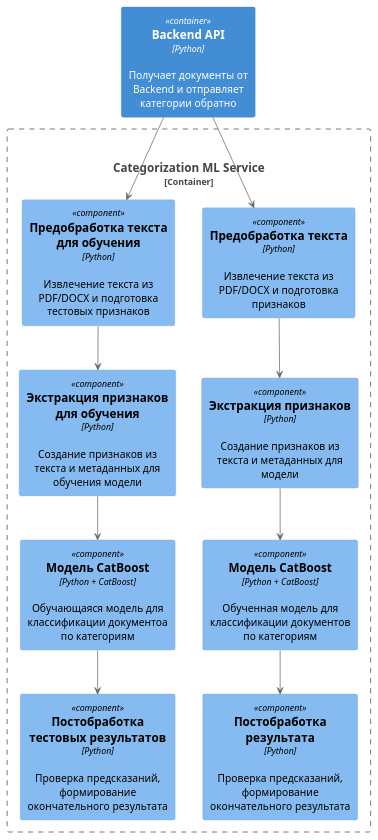
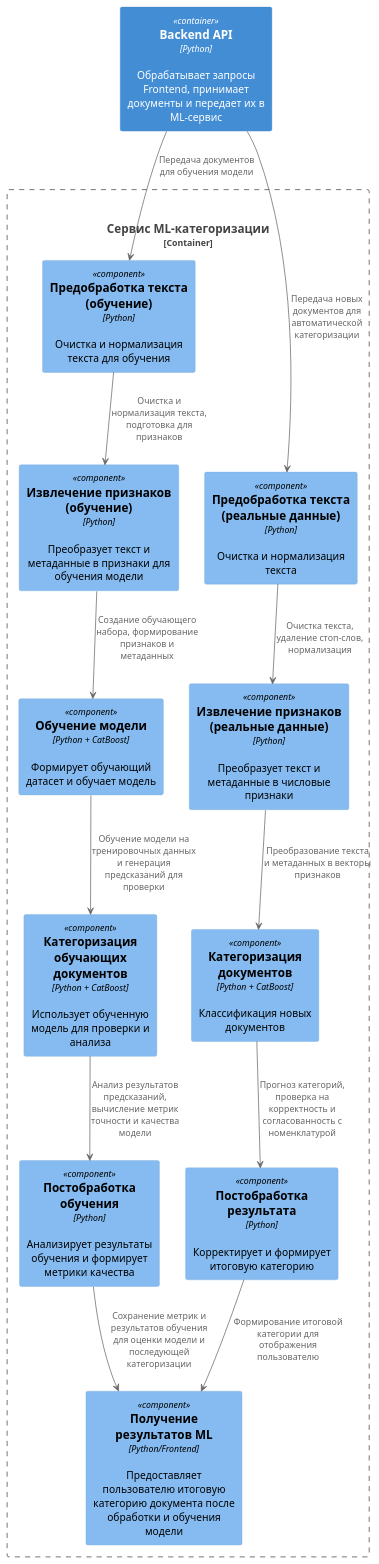
The diagram in Lab Work №2/src/ml_component_diagram.puml (golariva/labs-for-design-of-software-systems-architecture), drawn with PlantUML before and after one commit. The commit also changed 2 other files, not shown here.

Commit message:
Исправлены компоненты (ML Service)

```diff
--- a/Lab Work №2/src/ml_component_diagram.puml
+++ b/Lab Work №2/src/ml_component_diagram.puml
@@ -1,27 +1,37 @@
 @startuml
 !includeurl https://raw.githubusercontent.com/plantuml-stdlib/C4-PlantUML/master/C4_Component.puml
 
-Container(backend_connector, "Backend API", "Python", "Получает документы от Backend и отправляет категории обратно")
+Container(backend_connector, "Backend API", "Python", "Обрабатывает запросы Frontend, принимает документы и передает их в ML-сервис")
 
-Container_Boundary(ml, "Categorization ML Service", "Python + CatBoost", "Автоматическая категоризация документов") {
+Container_Boundary(ml, "Сервис ML-категоризации", "Python + CatBoost", "Автоматическая категоризация документов и обучение модели") {
 
-    Component(preprocessor, "Предобработка текста", "Python", "Извлечение текста из PDF/DOCX и подготовка признаков")
-    Component(feature_extractor, "Экстракция признаков", "Python", "Создание признаков из текста и метаданных для модели")
-    Component(catboost_model, "Модель CatBoost", "Python + CatBoost", "Обученная модель для классификации документов по категориям")
-    Component(postprocessor, "Постобработка результата", "Python", "Проверка предсказаний, формирование окончательного результата")
-    Component(preprocessor_help, "Предобработка текста для обучения", "Python", "Извлечение текста из PDF/DOCX и подготовка тестовых признаков")
-    Component(feature_extractor_help, "Экстракция признаков для обучения", "Python", "Создание признаков из текста и метаданных для обучения модели")
-    Component(catboost_model_help, "Модель CatBoost", "Python + CatBoost", "Обучающаяся модель для классификации документоа по категориям")
-    Component(postprocessor_help, "Постобработка тестовых результатов", "Python", "Проверка предсказаний, формирование окончательного результата")
+    Component(preprocessor_real, "Предобработка текста (реальные данные)", "Python", "Очистка и нормализация текста")
+    Component(feature_extractor_real, "Извлечение признаков (реальные данные)", "Python", "Преобразует текст и метаданные в числовые признаки")
+    Component(classification_real, "Категоризация документов", "Python + CatBoost", "Классификация новых документов")
+    Component(postprocessor_real, "Постобработка результата", "Python", "Корректирует и формирует итоговую категорию")
+
+    Component(preprocessor_train, "Предобработка текста (обучение)", "Python", "Очистка и нормализация текста для обучения")
+    Component(feature_extractor_train, "Извлечение признаков (обучение)", "Python", "Преобразует текст и метаданные в признаки для обучения модели")
+    Component(training_pipeline, "Обучение модели", "Python + CatBoost", "Формирует обучающий датасет и обучает модель")
+    Component(classification_train, "Категоризация обучающих документов", "Python + CatBoost", "Использует обученную модель для проверки и анализа")
+    Component(postprocessor_train, "Постобработка обучения", "Python", "Анализирует результаты обучения и формирует метрики качества")
+
+    Component(results_store, "Получение результатов ML", "Python/Frontend", "Предоставляет пользователю итоговую категорию документа после обработки и обучения модели")
 }
 
-preprocessor --> feature_extractor
-feature_extractor --> catboost_model
-catboost_model --> postprocessor
-backend_connector --> preprocessor
-preprocessor_help --> feature_extractor_help
-feature_extractor_help --> catboost_model_help
-catboost_model_help --> postprocessor_help
-backend_connector --> preprocessor_help
+'Поток категоризации реальных документов
+backend_connector --> preprocessor_real : "Передача новых документов для автоматической категоризации"
+preprocessor_real --> feature_extractor_real : "Очистка текста, удаление стоп-слов, нормализация"
+feature_extractor_real --> classification_real : "Преобразование текста и метаданных в векторы признаков"
+classification_real --> postprocessor_real : "Прогноз категорий, проверка на корректность и согласованность с номенклатурой"
+postprocessor_real --> results_store : "Формирование итоговой категории для отображения пользователю"
+
+'Поток обучения модели
+backend_connector --> preprocessor_train : "Передача документов для обучения модели"
+preprocessor_train --> feature_extractor_train : "Очистка и нормализация текста, подготовка для признаков"
+feature_extractor_train --> training_pipeline : "Создание обучающего набора, формирование признаков и метаданных"
+training_pipeline --> classification_train : "Обучение модели на тренировочных данных и генерация предсказаний для проверки"
+classification_train --> postprocessor_train : "Анализ результатов предсказаний, вычисление метрик точности и качества модели"
+postprocessor_train --> results_store : "Сохранение метрик и результатов обучения для оценки модели и последующей категоризации"
 
 @enduml
```
